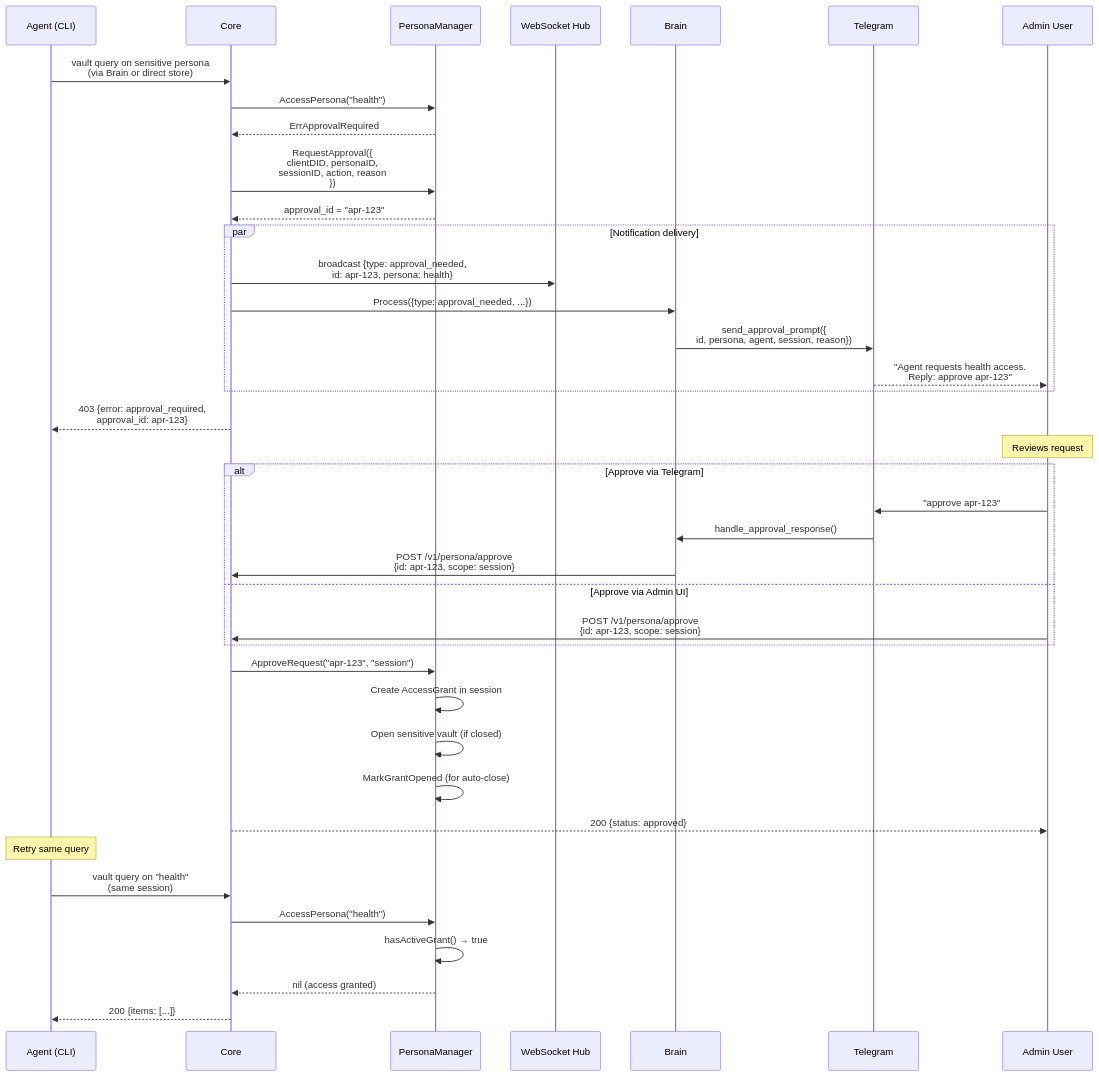
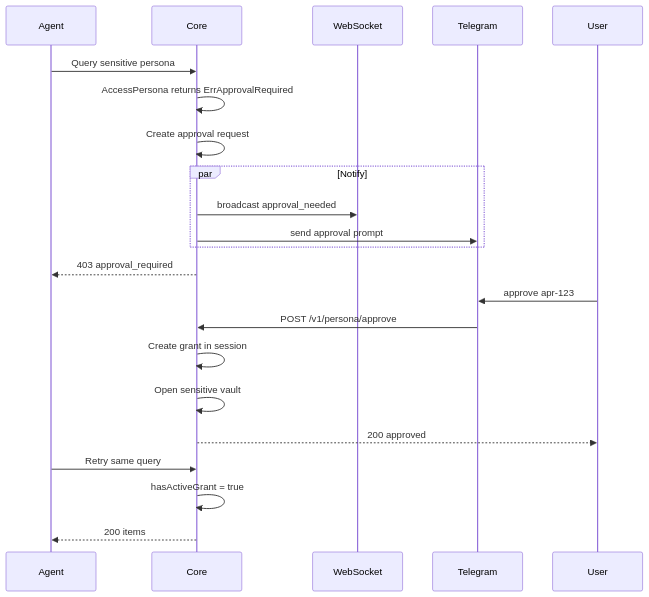
One commit to rajmohanutopai/dina changed the fourth of 14 diagrams in docs/FLOW_DIAGRAMS.md. Above: the diagram before and after it, drawn with Mermaid. The commit also changed other lines of this file, not shown here.

First line of the commit message:
Rewrite flow diagrams: fix Mermaid errors, add examples, add new flows

````diff
--- a/docs/FLOW_DIAGRAMS.md
+++ b/docs/FLOW_DIAGRAMS.md
@@ -190,51 +131,30 @@
 ```mermaid
 sequenceDiagram
-    participant AG as Agent (CLI)
+    participant AG as Agent
     participant CORE as Core
-    participant PM as PersonaManager
-    participant WS as WebSocket Hub
-    participant BRAIN as Brain
+    participant WS as WebSocket
     participant TG as Telegram
-    participant ADMIN as Admin User
+    participant USER as User
 
-    AG->>CORE: vault query on sensitive persona<br/>(via Brain or direct store)
+    AG->>CORE: Query sensitive persona
+    CORE->>CORE: AccessPersona returns ErrApprovalRequired
+    CORE->>CORE: Create approval request
 
-    CORE->>PM: AccessPersona("health")
-    PM-->>CORE: ErrApprovalRequired
-
-    CORE->>PM: RequestApproval({<br/>  clientDID, personaID,<br/>  sessionID, action, reason<br/>})
-    PM-->>CORE: approval_id = "apr-123"
-
-    par Notification delivery
-        CORE->>WS: broadcast {type: approval_needed,<br/>id: apr-123, persona: health}
-        CORE->>BRAIN: Process({type: approval_needed, ...})
-        BRAIN->>TG: send_approval_prompt({<br/>  id, persona, agent, session, reason})
-        TG-->>ADMIN: "Agent requests health access.<br/>Reply: approve apr-123"
+    par Notify
+        CORE->>WS: broadcast approval_needed
+        CORE->>TG: send approval prompt
     end
 
-    CORE-->>AG: 403 {error: approval_required,<br/>approval_id: apr-123}
+    CORE-->>AG: 403 approval_required
 
-    Note over ADMIN: Reviews request
+    USER->>TG: approve apr-123
+    TG->>CORE: POST /v1/persona/approve
 
-    alt Approve via Telegram
-        ADMIN->>TG: "approve apr-123"
-        TG->>BRAIN: handle_approval_response()
-        BRAIN->>CORE: POST /v1/persona/approve<br/>{id: apr-123, scope: session}
-    else Approve via Admin UI
-        ADMIN->>CORE: POST /v1/persona/approve<br/>{id: apr-123, scope: session}
-    end
+    CORE->>CORE: Create grant in session
+    CORE->>CORE: Open sensitive vault
+    CORE-->>USER: 200 approved
 
-    CORE->>PM: ApproveRequest("apr-123", "session")
-    PM->>PM: Create AccessGrant in session
-    PM->>PM: Open sensitive vault (if closed)
-    PM->>PM: MarkGrantOpened (for auto-close)
-    CORE-->>ADMIN: 200 {status: approved}
-
-    Note over AG: Retry same query
-
-    AG->>CORE: vault query on "health"<br/>(same session)
-    CORE->>PM: AccessPersona("health")
-    PM->>PM: hasActiveGrant() → true
-    PM-->>CORE: nil (access granted)
-    CORE-->>AG: 200 {items: [...]}
+    AG->>CORE: Retry same query
+    CORE->>CORE: hasActiveGrant = true
+    CORE-->>AG: 200 items
 ```
````
